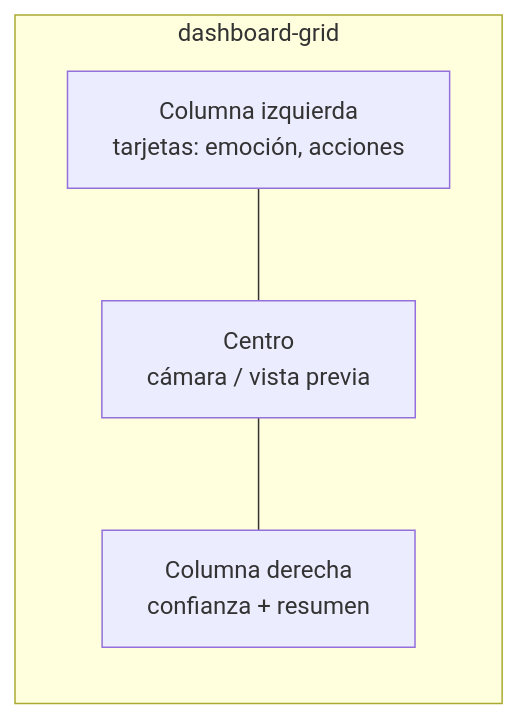
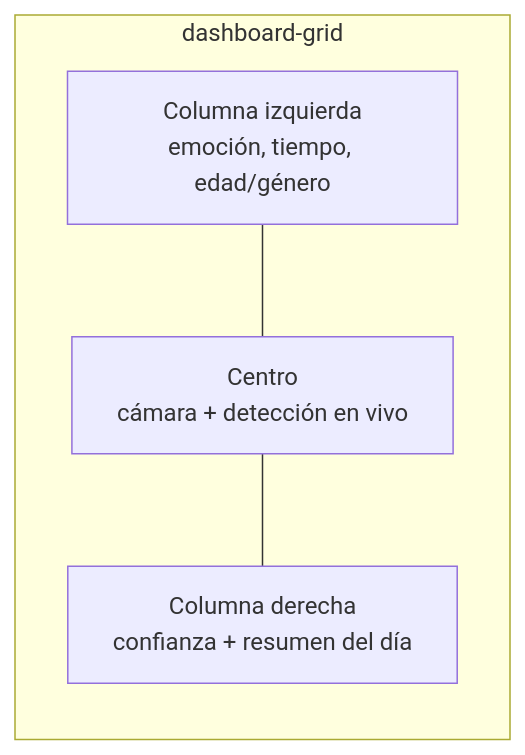
One commit to jjmirandaa86/uefn-frontend changed the fourth of 8 diagrams in README.md. Above: the diagram before and after it, drawn with Mermaid. The commit also changed other lines of this file and 4 other files, not shown here.

````diff
--- a/README.md
+++ b/README.md
@@ -110,9 +175,9 @@
 ```mermaid
 flowchart LR
   subgraph Grid["dashboard-grid"]
-    L["Columna izquierda<br/>tarjetas: emoción, acciones"]
-    C["Centro<br/>cámara / vista previa"]
-    R["Columna derecha<br/>confianza + resumen"]
+    L["Columna izquierda<br/>emoción, tiempo, edad/género"]
+    C["Centro<br/>cámara + detección en vivo"]
+    R["Columna derecha<br/>confianza + resumen del día"]
   end
   L --- C --- R
 ```
````
